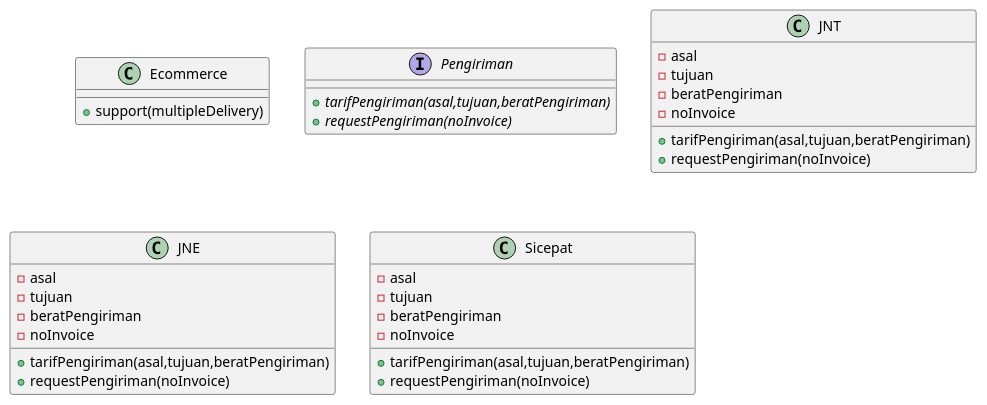
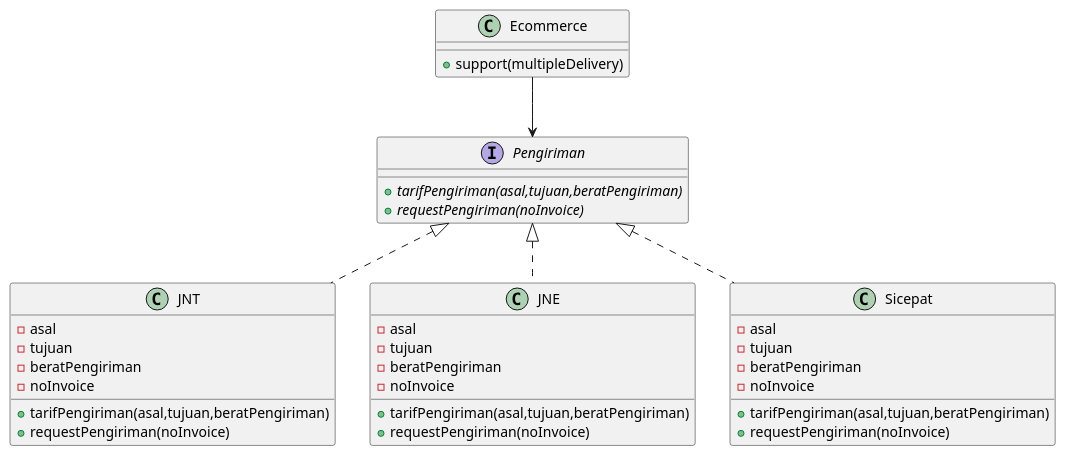
Before and after one commit to hidayatmukti/pbpu-b-2022: the diagram in Kelompok 1/umlkelompok1.plantuml, drawn with PlantUML.

```diff
--- a/Kelompok 1/umlkelompok1.plantuml
+++ b/Kelompok 1/umlkelompok1.plantuml
@@ -1,40 +1,44 @@
 @startuml
 
     class  Ecommerce {
       +support(multipleDelivery)
     }
 
     interface Pengiriman{
       +{abstract} tarifPengiriman(asal,tujuan,beratPengiriman)
       +{abstract} requestPengiriman(noInvoice)
     }
 
     class JNT {
      -asal
      -tujuan
      -beratPengiriman
      -noInvoice
      +tarifPengiriman(asal,tujuan,beratPengiriman)
      +requestPengiriman(noInvoice)
      }
      
      class JNE{
       -asal
       -tujuan
       -beratPengiriman
       -noInvoice
       +tarifPengiriman(asal,tujuan,beratPengiriman)
       +requestPengiriman(noInvoice)
     }
     
     class Sicepat {
       -asal
       -tujuan
       -beratPengiriman
       -noInvoice
       +tarifPengiriman(asal,tujuan,beratPengiriman)
       +requestPengiriman(noInvoice)
-  }
-  
-
+    }
+    
+      Ecommerce --> Pengiriman 
+      Pengiriman <|.. JNE
+      Pengiriman <|.. JNT
+      Pengiriman <|.. Sicepat
+ 
 @enduml
```
